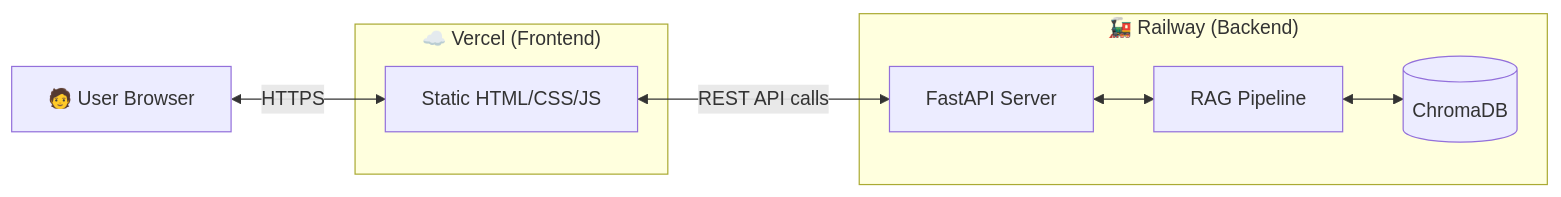
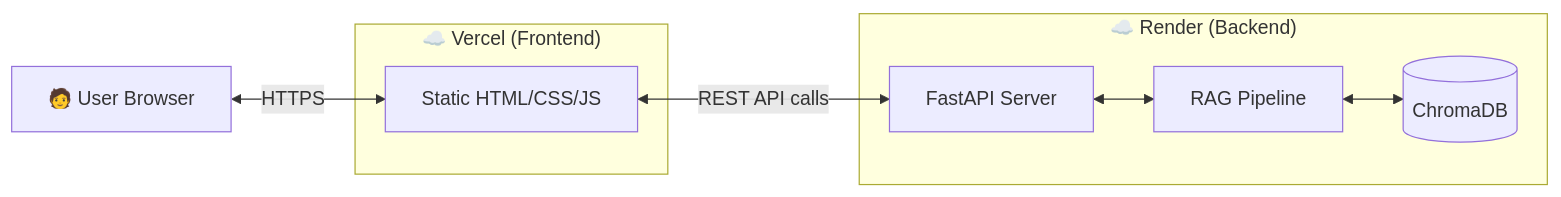
The first of 2 diagrams in Docs/deployment-plan.md (yv12/HDFC-Mutual-Fund-FAQ--Groww), drawn with Mermaid before and after one commit. The commit also changed other lines of this file and 4 other files, not shown here.

Commit message:
chore: migrate deployment configuration and docs from Railway to Render

````diff
--- a/Docs/deployment-plan.md
+++ b/Docs/deployment-plan.md
@@ -11,17 +11,17 @@
 ```mermaid
 flowchart LR
     subgraph Vercel["☁️ Vercel (Frontend)"]
         FE["Static HTML/CSS/JS"]
     end
 
-    subgraph Railway["🚂 Railway (Backend)"]
+    subgraph Render["☁️ Render (Backend)"]
         API["FastAPI Server"]
         RAG["RAG Pipeline"]
         VS[("ChromaDB")]
     end
 
     User["🧑 User Browser"] <-->|HTTPS| FE
     FE <-->|REST API calls| API
     API <--> RAG
     RAG <--> VS
 ```
````
